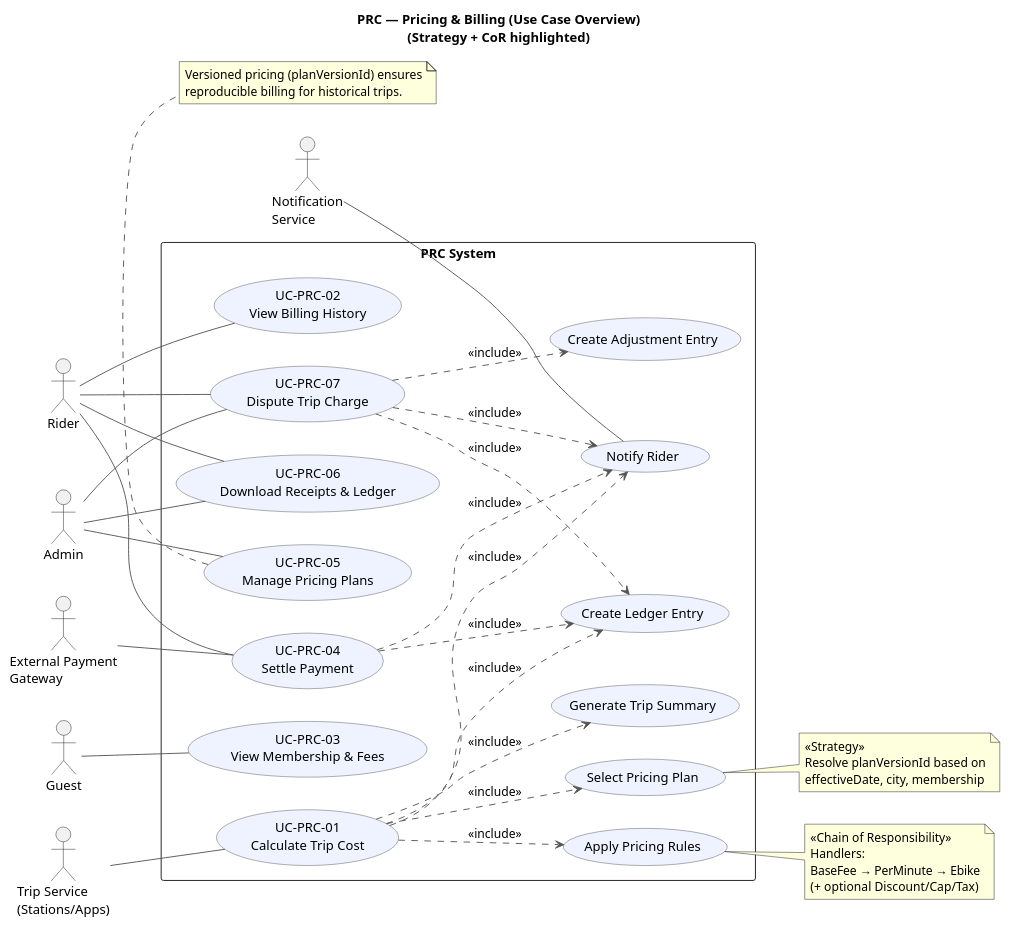
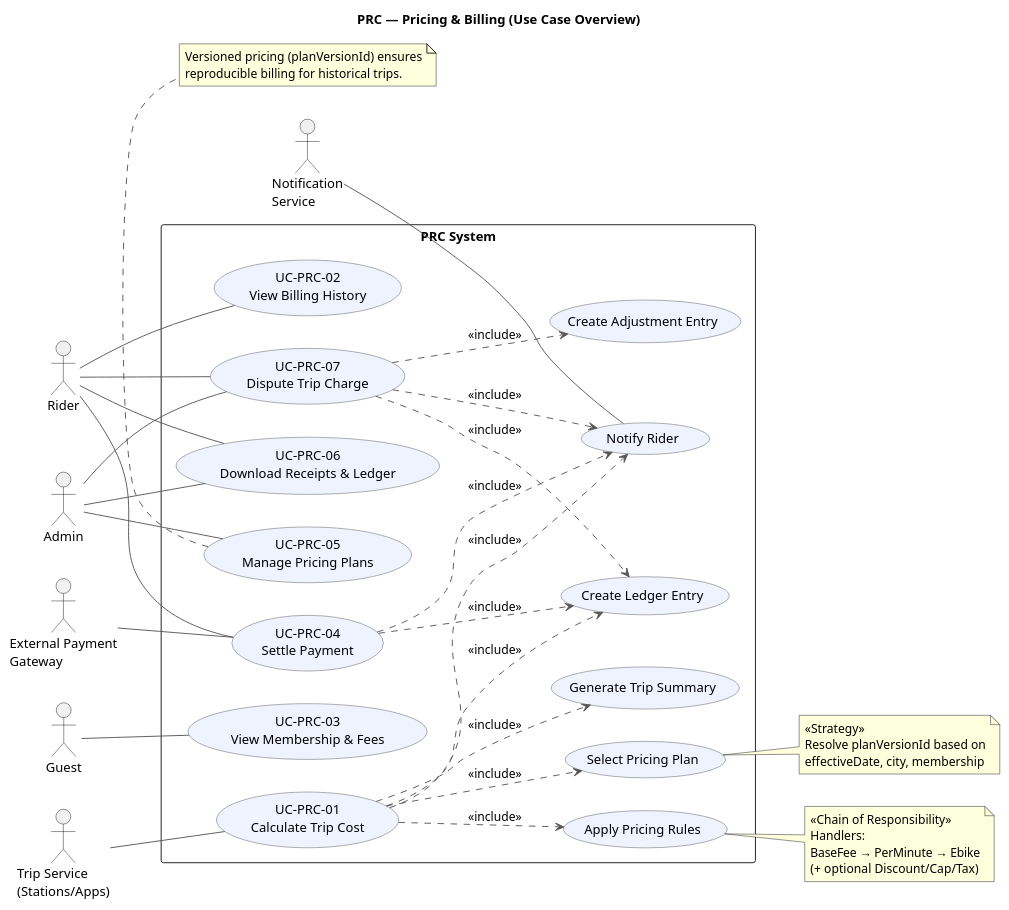
One commit to Abdul-RehmanCU/SOEN-343---Bike changed the diagram in diagrams/PRC-DIAGRAMS/PRC_USE_CASE_DIAGRAM.md. Above: the diagram before and after it, drawn with PlantUML. The commit also changed 2 other files, not shown here.

Commit message:
minor tweak on display and titles of diags for PRC

```diff
--- a/diagrams/PRC-DIAGRAMS/PRC_USE_CASE_DIAGRAM.md
+++ b/diagrams/PRC-DIAGRAMS/PRC_USE_CASE_DIAGRAM.md
@@ -1,5 +1,5 @@
 @startuml
-title PRC — Pricing & Billing (Use Case Overview)\n(Strategy + CoR highlighted)
+title PRC — Pricing & Billing (Use Case Overview)
 
 left to right direction
 skinparam packageStyle rectangle
```
